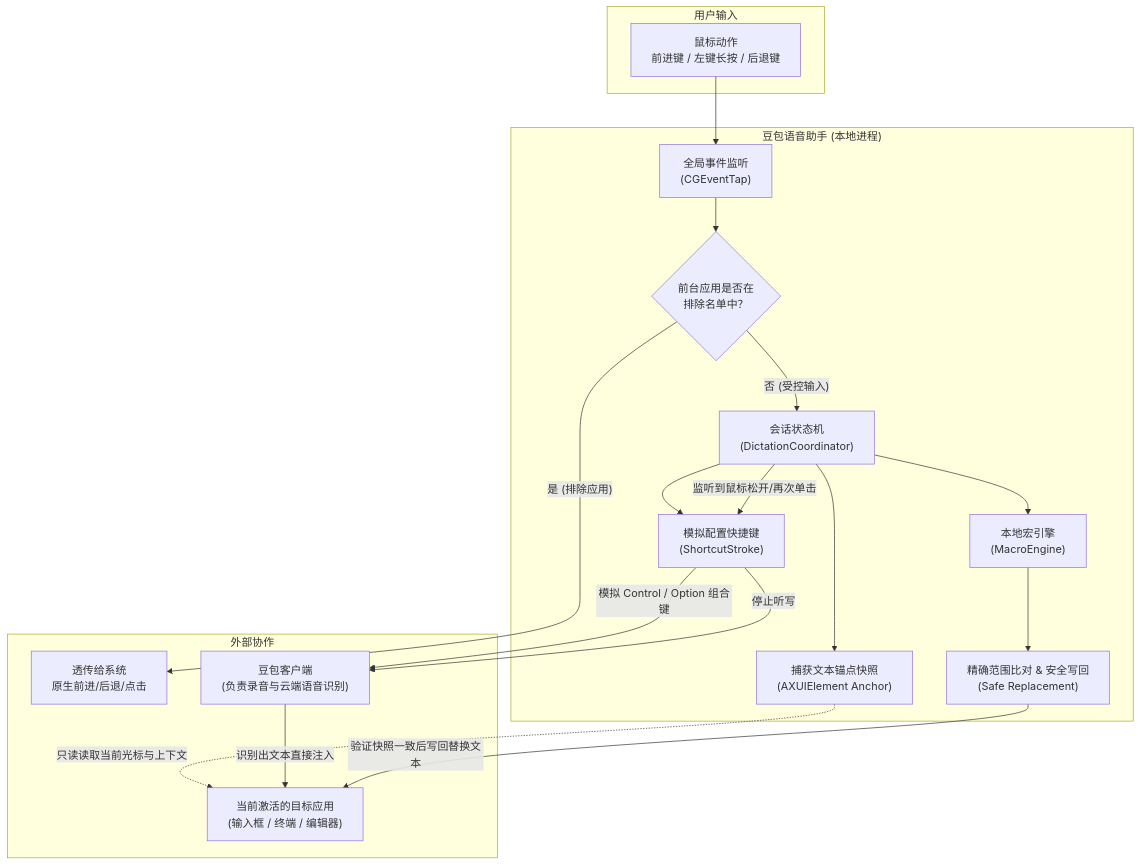
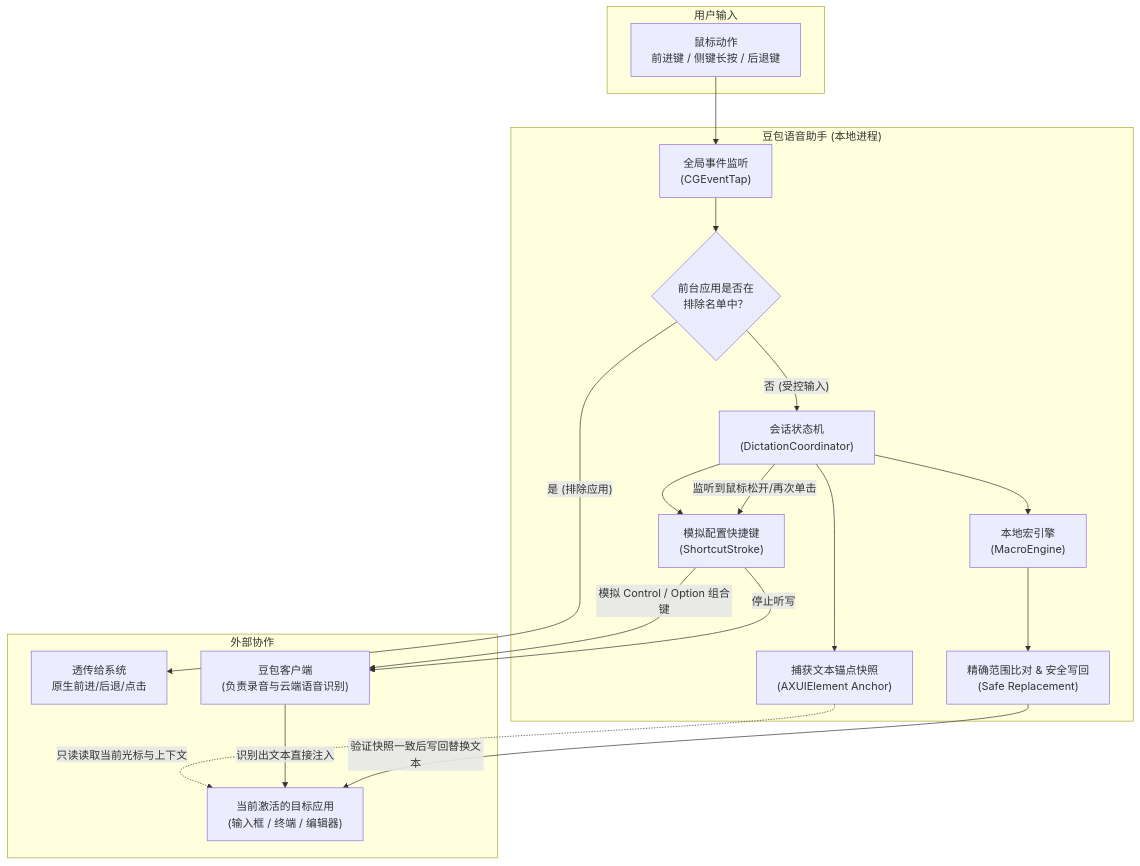
The diagram in README.md (backtomyfuture/doubao-voice-helper), drawn with Mermaid before and after one commit. The commit also changed other lines of this file and 28 other files, not shown here.

````diff
--- a/README.md
+++ b/README.md
@@ -103,43 +108,43 @@
 ```mermaid
 flowchart TD
     subgraph 用户输入
-        Mouse[鼠标动作<br/>前进键 / 左键长按 / 后退键]
+        Mouse[鼠标动作<br/>前进键 / 侧键长按 / 后退键]
     end
 
     subgraph DoubaoVoiceHelper["豆包语音助手 (本地进程)"]
         EventTap["全局事件监听<br/>(CGEventTap)"]
         AppFilter{"前台应用是否在<br/>排除名单中？"}
         
         SessionCoord["会话状态机<br/>(DictationCoordinator)"]
         AXCapture["捕获文本锚点快照<br/>(AXUIElement Anchor)"]
         ShortcutEmit["模拟配置快捷键<br/>(ShortcutStroke)"]
         
         MacroEng["本地宏引擎<br/>(MacroEngine)"]
         AXWriteBack["精确范围比对 & 安全写回<br/>(Safe Replacement)"]
     end
 
     subgraph 外部协作
         OSNav["透传给系统<br/>原生前进/后退/点击"]
         Doubao["豆包客户端<br/>(负责录音与云端语音识别)"]
         TargetApp["当前激活的目标应用<br/>(输入框 / 终端 / 编辑器)"]
     end
 
     Mouse --> EventTap
     EventTap --> AppFilter
     AppFilter -- "是 (排除应用)" --> OSNav
     AppFilter -- "否 (受控输入)" --> SessionCoord
     
     SessionCoord --> AXCapture
     AXCapture -.->|只读读取当前光标与上下文| TargetApp
     SessionCoord --> ShortcutEmit
     
     ShortcutEmit -->|模拟 Control / Option 组合键| Doubao
     Doubao -->|识别出文本直接注入| TargetApp
     
     SessionCoord -->|监听到鼠标松开/再次单击| ShortcutEmit
     ShortcutEmit -->|停止听写| Doubao
     
     SessionCoord --> MacroEng
     MacroEng --> AXWriteBack
     AXWriteBack -->|验证快照一致后写回替换文本| TargetApp
 ```
````
